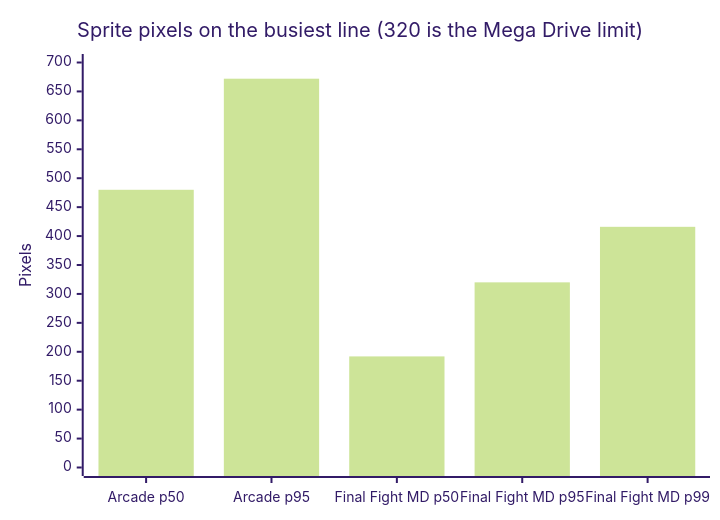
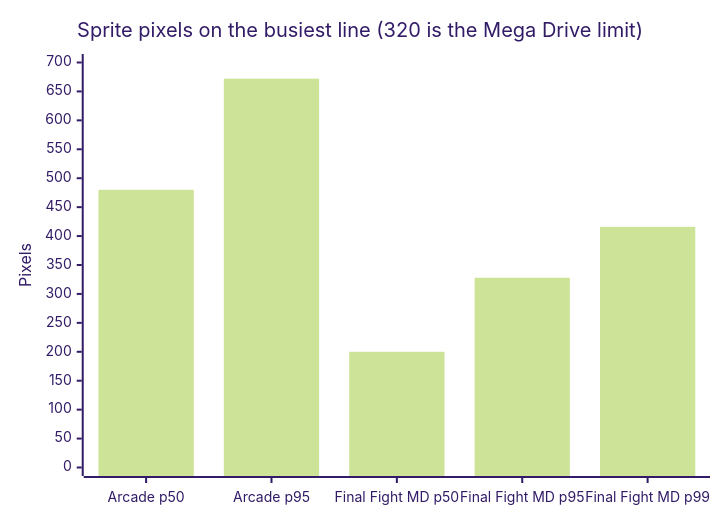
The fourth of 5 diagrams in docs/02-final-fight-arcade-vs-md.md (Evilu/cadillacs-and-dinosaurs-md), drawn with Mermaid (forest theme) before and after one commit. The commit also changed other lines of this file and 4 other files, not shown here.

````diff
--- a/docs/02-final-fight-arcade-vs-md.md
+++ b/docs/02-final-fight-arcade-vs-md.md
@@ -182,7 +209,7 @@
 ```mermaid
 xychart-beta
     title "Sprite pixels on the busiest line (320 is the Mega Drive limit)"
     x-axis ["Arcade p50", "Arcade p95", "Final Fight MD p50", "Final Fight MD p95", "Final Fight MD p99"]
     y-axis "Pixels" 0 --> 700
-    bar [480, 672, 192, 320, 416]
+    bar [480, 672, 200, 328, 416]
 ```
````
